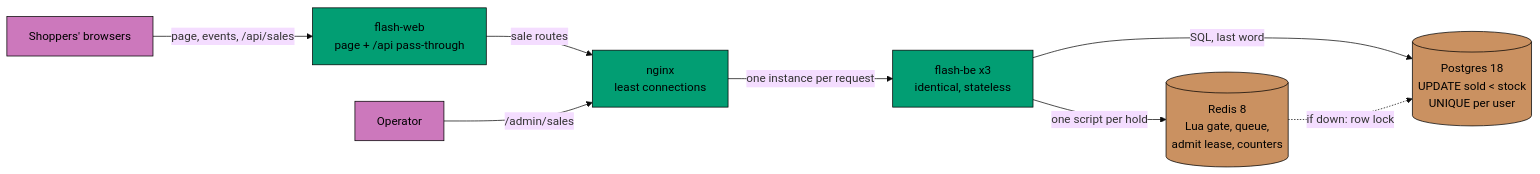
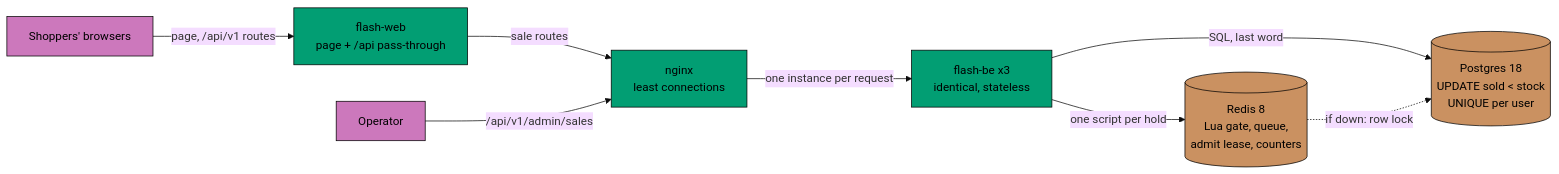
Before and after one commit to wahidyankf/coding-itv-js-flashsale: the third of 3 diagrams in README.md, drawn with Mermaid (base theme). The commit also changed other lines of this file and 19 other files, not shown here.

````diff
--- a/README.md
+++ b/README.md
@@ -138,26 +138,26 @@
 ```mermaid
 flowchart LR
   accTitle: Flash sale under load
   accDescr: Shoppers reach the web app, which passes sale requests to nginx. An operator manages sales through nginx too. Nginx spreads requests over three identical API instances. The instances share one Postgres, which holds the truth, and one Redis, which holds the queue, the holds, the rate counters and the lease that lets one instance admit shoppers each second. If Redis is down the instances keep selling from Postgres under a row lock, and the readiness check reports it.
   browser["Shoppers' browsers"]
   operator["Operator"]
   web["flash-web<br/>page + /api pass-through"]
   lb["nginx<br/>least connections"]
   be["flash-be x3<br/>identical, stateless"]
   pg[("Postgres 18<br/>UPDATE sold < stock<br/>UNIQUE per user")]
   redis[("Redis 8<br/>Lua gate, queue,<br/>admit lease, counters")]
-  browser -->|page, events, /api/sales| web
+  browser -->|page, /api/v1 routes| web
   web -->|sale routes| lb
-  operator -->|/admin/sales| lb
+  operator -->|/api/v1/admin/sales| lb
   lb -->|one instance per request| be
   be -->|SQL, last word| pg
   be -->|one script per hold| redis
   redis -.->|if down: row lock| pg
   classDef person fill:#CC78BC,stroke:#000000,color:#000000
   classDef container fill:#029E73,stroke:#000000,color:#000000
   classDef store fill:#CA9161,stroke:#000000,color:#000000
   classDef default fill:#808080,stroke:#000000,color:#000000
   class browser,operator person
   class web,lb,be container
   class pg,redis store
 ```
````
